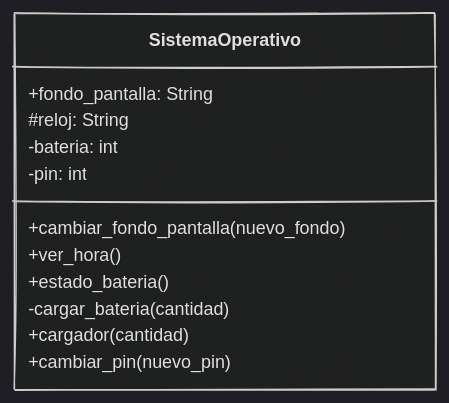
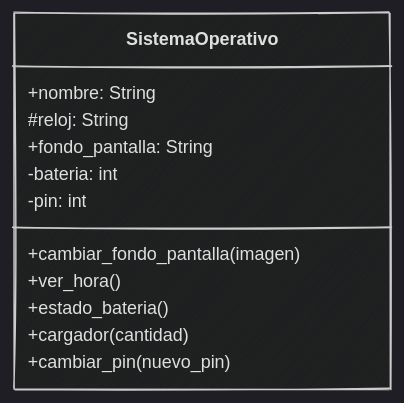
One commit to python-la-paz/python-study-group-oop changed the ninth of 12 diagrams in content/sesion04/Readme.md. Above: the diagram before and after it, drawn with Mermaid. The commit also changed other lines of this file and 3 other files, not shown here.

````diff
--- a/content/sesion04/Readme.md
+++ b/content/sesion04/Readme.md
@@ -979,16 +1005,16 @@
 ```mermaid
 %%{init: {"theme": "dark", "look": "handDrawn" }}%%
 classDiagram
     class SistemaOperativo {
+        +nombre: String
+        #reloj: String
         +fondo_pantalla: String
-        #reloj: String
         -bateria: int
         -pin: int
-        +cambiar_fondo_pantalla(nuevo_fondo)
+        +cambiar_fondo_pantalla(imagen)
         +ver_hora()
         +estado_bateria()
-        -cargar_bateria(cantidad)
         +cargador(cantidad)
         +cambiar_pin(nuevo_pin)
     }
 ```
````
